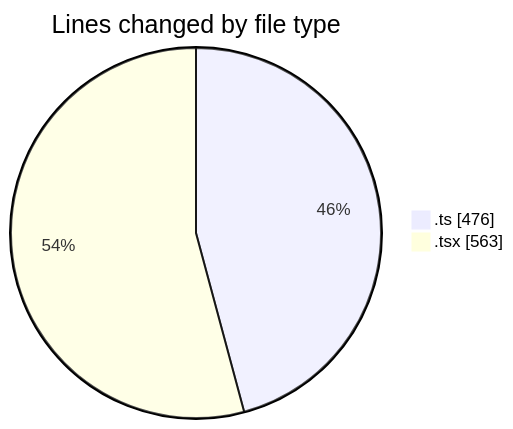
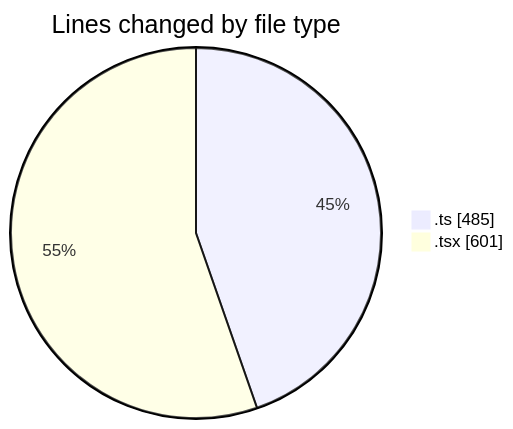
One commit to JenPaints/code-tracking changed the first of 2 diagrams in 2025-06-27/archive/README.md. Above: the diagram before and after it, drawn with Mermaid. The commit also changed other lines of this file and 1 other file, not shown here.

````diff
--- a/2025-06-27/archive/README.md
+++ b/2025-06-27/archive/README.md
@@ -25,6 +26,6 @@
 ```mermaid
 pie showData
 title Lines changed by file type
-".ts" : 476
-".tsx" : 563
+".ts" : 485
+".tsx" : 601
 ```
````
